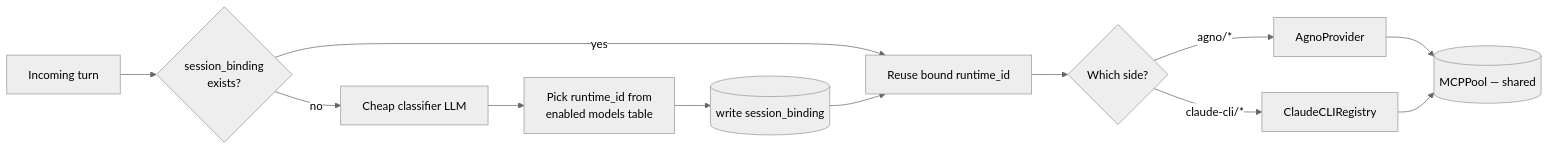
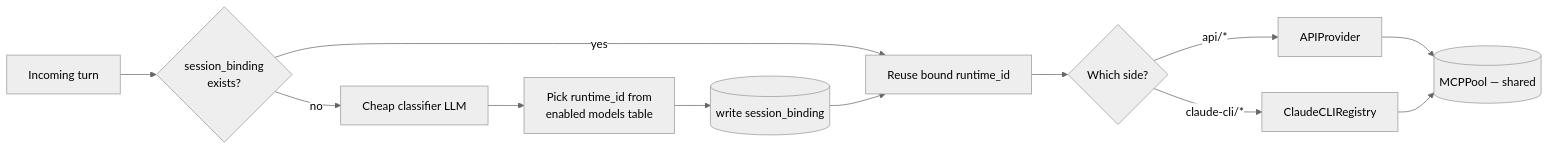
Before and after one commit to openagent-uno/openagent-docs: the third of 9 diagrams in guide/architecture.md, drawn with Mermaid (neutral theme). The commit also changed other lines of this file and 3 other files, not shown here.

````diff
--- a/guide/architecture.md
+++ b/guide/architecture.md
@@ -122,14 +123,14 @@
 ```mermaid
 flowchart LR
     Msg[Incoming turn] --> HasBind{session_binding<br/>exists?}
     HasBind -- yes --> ReuseRT[Reuse bound runtime_id]
     HasBind -- no --> Classifier[Cheap classifier LLM]
     Classifier --> PickRT[Pick runtime_id from<br/>enabled models table]
     PickRT --> Bind[(write session_binding)]
     Bind --> ReuseRT
     ReuseRT --> Tier{Which side?}
-    Tier -- agno/* --> Agno[AgnoProvider]
+    Tier -- api/* --> API[APIProvider]
     Tier -- claude-cli/* --> CC[ClaudeCLIRegistry]
-    Agno --> Pool[(MCPPool — shared)]
+    API --> Pool[(MCPPool — shared)]
     CC --> Pool
 ```
````
